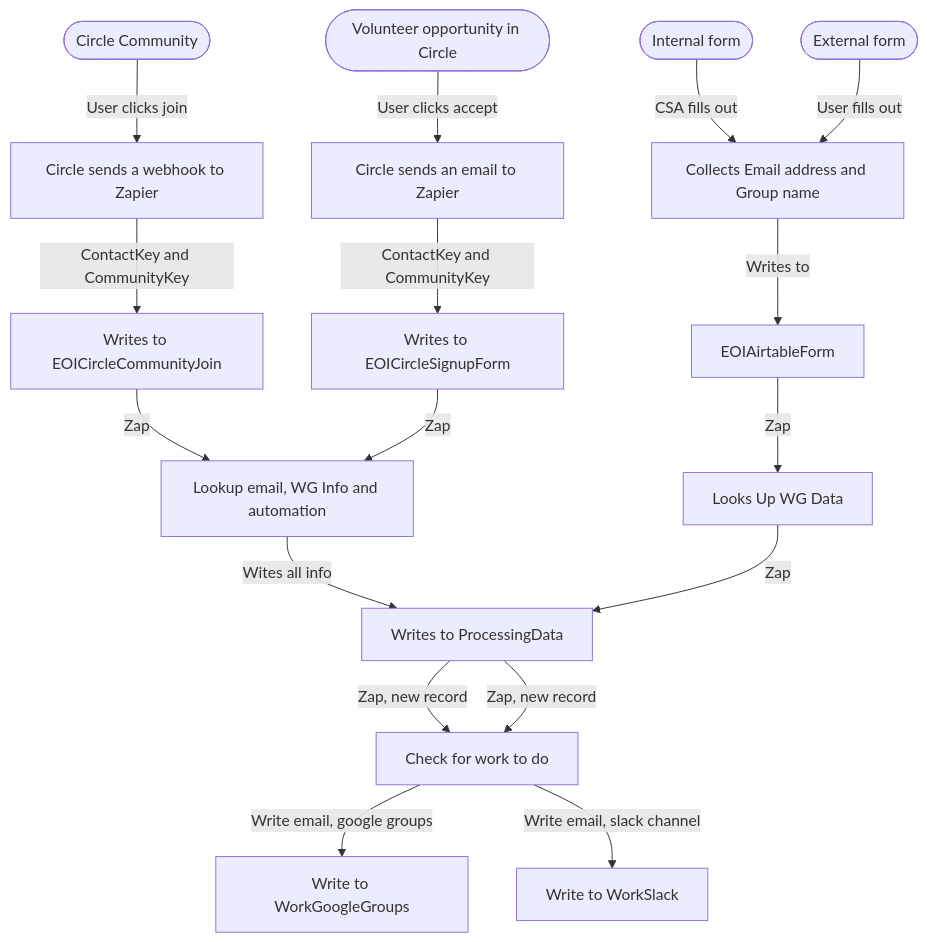
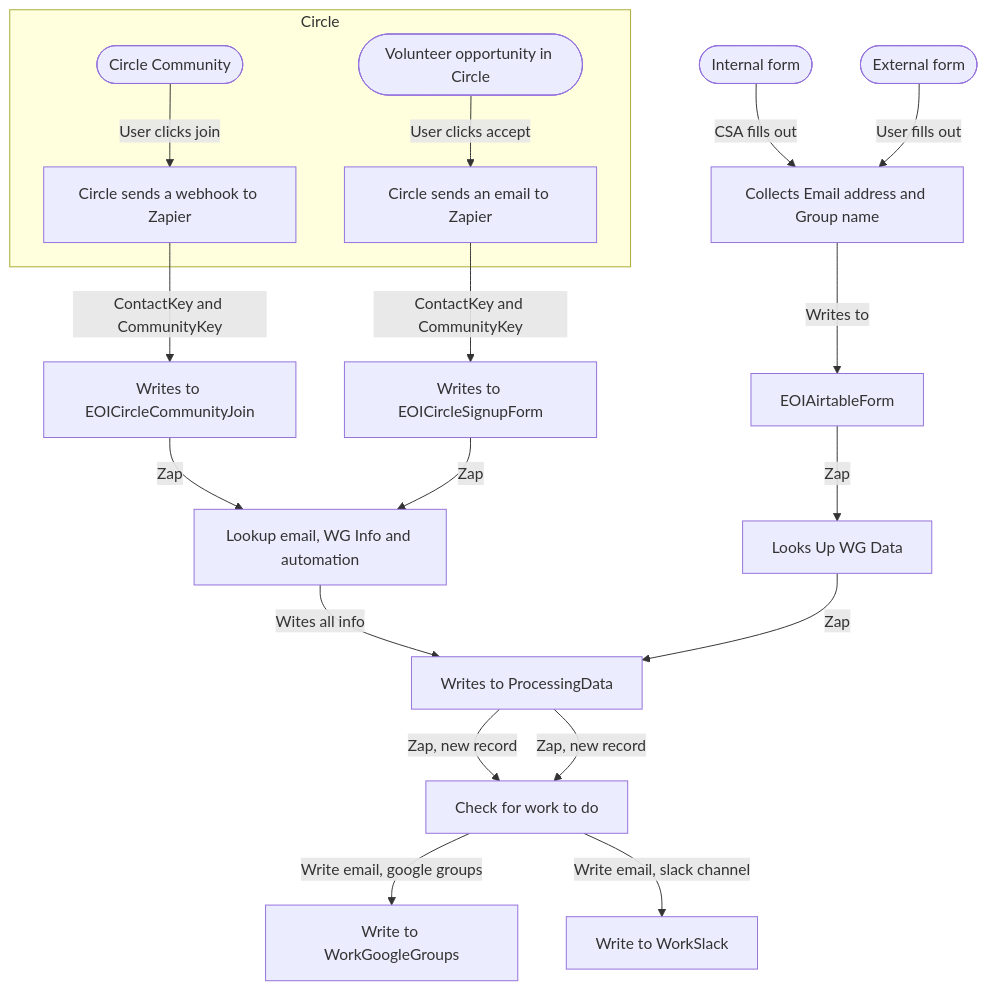
One commit to CloudSecurityAlliance/CSA-IT-Operations changed the diagram in projects/WG-automation/diagram.md. Above: the diagram before and after it, drawn with Mermaid.

````diff
--- a/projects/WG-automation/diagram.md
+++ b/projects/WG-automation/diagram.md
@@ -1,37 +1,40 @@
 ```mermaid
 graph TD;
 
 %% CIRCLE SIDE
+subgraph Circle
 joinCommunity([Circle Community])
 joinVolunteer([Volunteer opportunity in Circle])
 
 joinCommunity --> |User clicks join| CircleWebHook[Circle sends a webhook to Zapier]
 joinVolunteer --> |User clicks accept| CircleSendsEmail[Circle sends an email to Zapier]
+end
+
 
 CircleWebHook --> |ContactKey and CommunityKey| WritesToEOICircleCommunityJoin[Writes to EOICircleCommunityJoin]
 CircleSendsEmail --> |ContactKey and CommunityKey| WritesToEOICircleSignupForm[Writes to EOICircleSignupForm]
 
 WritesToEOICircleCommunityJoin --> |Zap| LookupWGInfoAndAutomation[Lookup email, WG Info and automation]
 WritesToEOICircleSignupForm --> |Zap| LookupWGInfoAndAutomation[Lookup email, WG Info and automation]
 
 LookupWGInfoAndAutomation --> |Wites all info| ProcessingData[Write to Processing Data]
 
 ProcessingData --> |Zap, new record| CheckForWorkToDo[Check for work to do]
 
 CheckForWorkToDo --> |Write email, google groups| WriteToWorkGoogleGroups[Write to WorkGoogleGroups]
 CheckForWorkToDo --> |Write email, slack channel| WriteToWorkSlack[Write to WorkSlack]
 
 
 %% FORMS
 internalForm([Internal form])
 externalForm([External form])
 %% requires email validation, e.g. Google forms "Collect email addresses Respondents will be required to sign in to Google"
 internalForm --> |CSA fills out| collectEmailAndGroup[Collects Email address and Group name]
 externalForm --> |User fills out| collectEmailAndGroup[Collects Email address and Group name]
 collectEmailAndGroup --> |Writes to| EOIAirtableForm[EOIAirtableForm]
 EOIAirtableForm --> |Zap| LookupWGData[Looks Up WG Data]
 LookupWGData --> |Zap| ProcessingData[Writes to ProcessingData]
 ProcessingData  --> |Zap, new record| CheckForWorkToDo[Check for work to do]
 
 
 ```
````
